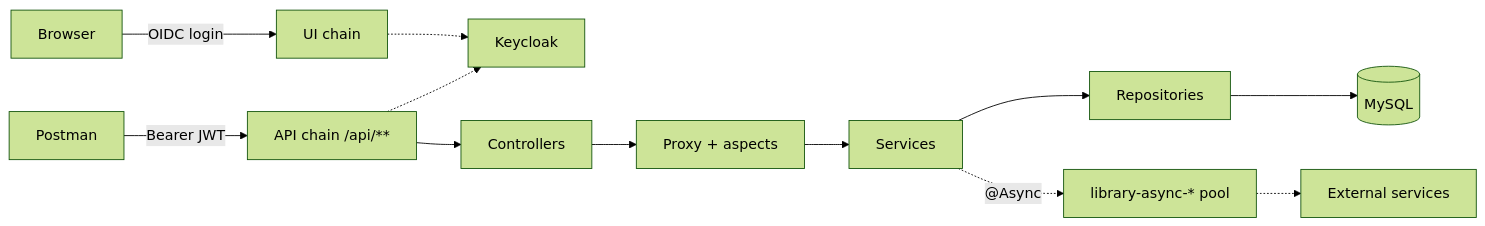
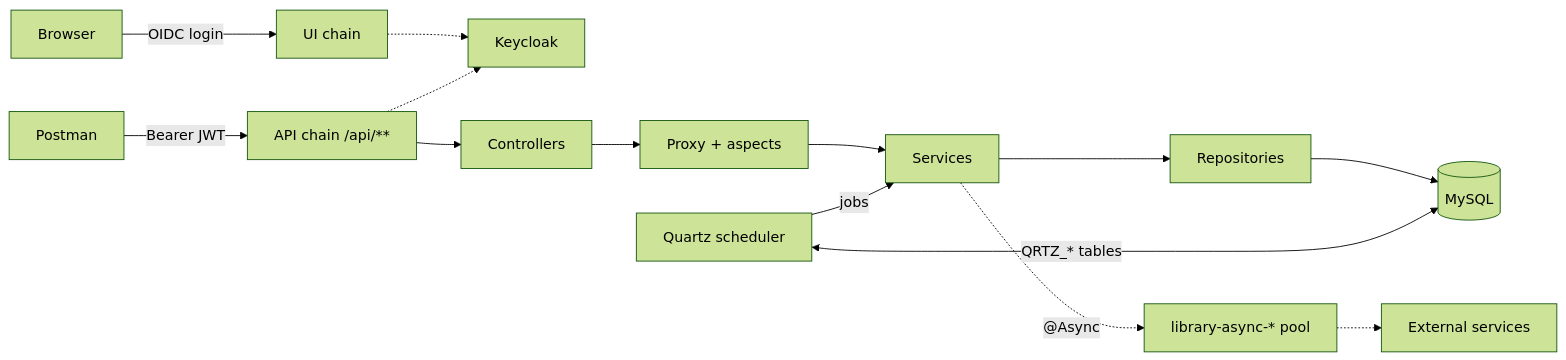
Before and after one commit to oldiix/library_system: the diagram in README.md, drawn with Mermaid (forest theme). The commit also changed other lines of this file, not shown here.

Commit message:
docs: describe Quartz scheduled jobs in README

````diff
--- a/README.md
+++ b/README.md
@@ -28,10 +30,12 @@
 ```mermaid
 flowchart LR
     Browser["Browser"] -->|"OIDC login"| UI["UI chain"]
     Client["Postman"] -->|"Bearer JWT"| API["API chain /api/**"]
     UI -.-> KC["Keycloak"]
     API -.-> KC
     API --> C["Controllers"] --> P["Proxy + aspects"] --> S["Services"] --> R["Repositories"] --> DB[("MySQL")]
     S -.->|"@Async"| POOL["library-async-* pool"]
     POOL -.-> EXT["External services"]
+    Q["Quartz scheduler"] -->|"jobs"| S
+    Q <-->|"QRTZ_* tables"| DB
 ```
````
